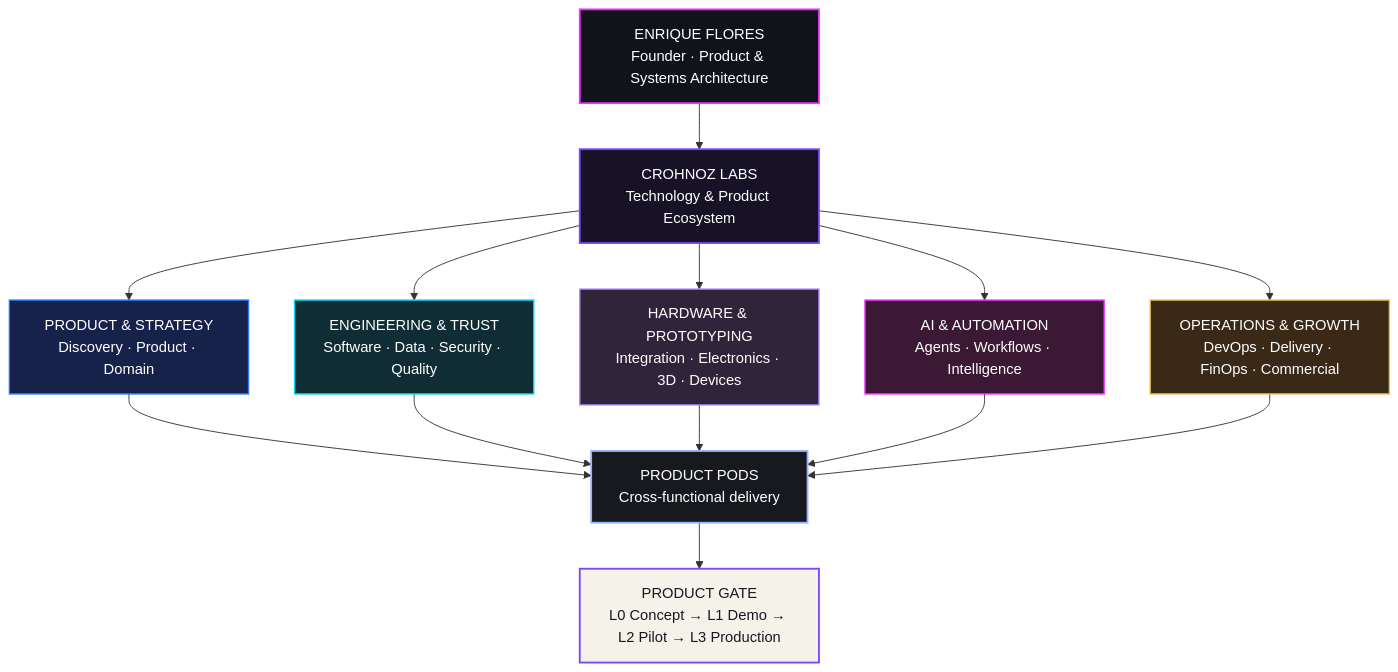
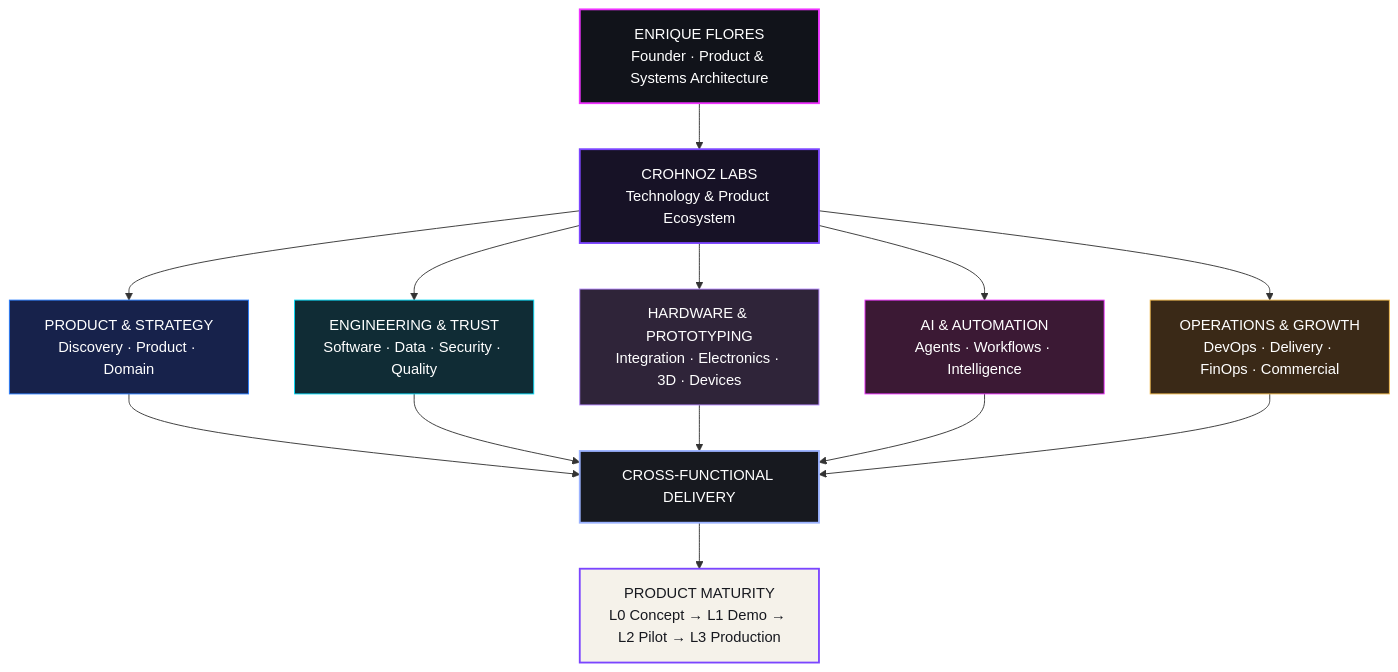
One commit to Crohnoz/Crohnoz changed the diagram in README.md. Above: the diagram before and after it, drawn with Mermaid. The commit also changed other lines of this file, not shown here.

````diff
--- a/README.md
+++ b/README.md
@@ -27,41 +25,41 @@
 ```mermaid
 flowchart TB
     F["ENRIQUE FLORES<br/>Founder · Product & Systems Architecture"]
-    LAB["CROHNOZ LABS<br/>Technology & Product Ecosystem"]
+    L["CROHNOZ LABS<br/>Technology & Product Ecosystem"]
 
-    F --> LAB
+    F --> L
 
-    LAB --> P["PRODUCT & STRATEGY<br/>Discovery · Product · Domain"]
-    LAB --> E["ENGINEERING & TRUST<br/>Software · Data · Security · Quality"]
-    LAB --> H["HARDWARE & PROTOTYPING<br/>Integration · Electronics · 3D · Devices"]
-    LAB --> A["AI & AUTOMATION<br/>Agents · Workflows · Intelligence"]
-    LAB --> O["OPERATIONS & GROWTH<br/>DevOps · Delivery · FinOps · Commercial"]
+    L --> P["PRODUCT & STRATEGY<br/>Discovery · Product · Domain"]
+    L --> E["ENGINEERING & TRUST<br/>Software · Data · Security · Quality"]
+    L --> H["HARDWARE & PROTOTYPING<br/>Integration · Electronics · 3D · Devices"]
+    L --> A["AI & AUTOMATION<br/>Agents · Workflows · Intelligence"]
+    L --> O["OPERATIONS & GROWTH<br/>DevOps · Delivery · FinOps · Commercial"]
 
-    P --> POD["PRODUCT PODS<br/>Cross-functional delivery"]
-    E --> POD
-    H --> POD
-    A --> POD
-    O --> POD
+    P --> D["CROSS-FUNCTIONAL DELIVERY"]
+    E --> D
+    H --> D
+    A --> D
+    O --> D
 
-    POD --> G["PRODUCT GATE<br/>L0 Concept → L1 Demo → L2 Pilot → L3 Production"]
+    D --> G["PRODUCT MATURITY<br/>L0 Concept → L1 Demo → L2 Pilot → L3 Production"]
 
     classDef founder fill:#11131a,stroke:#EF32FF,color:#fff,stroke-width:2px;
     classDef lab fill:#171226,stroke:#7B45FF,color:#fff,stroke-width:2px;
-    classDef product fill:#17224b,stroke:#287DFF,color:#fff,stroke-width:1.5px;
-    classDef engineering fill:#102c35,stroke:#00D9F5,color:#fff,stroke-width:1.5px;
-    classDef hardware fill:#2f2439,stroke:#b687ff,color:#fff,stroke-width:1.5px;
-    classDef ai fill:#3b1934,stroke:#EF32FF,color:#fff,stroke-width:1.5px;
-    classDef ops fill:#3a2917,stroke:#f0b94b,color:#fff,stroke-width:1.5px;
-    classDef pod fill:#17191f,stroke:#9bb2ff,color:#fff,stroke-width:2px;
+    classDef product fill:#17224b,stroke:#287DFF,color:#fff;
+    classDef engineering fill:#102c35,stroke:#00D9F5,color:#fff;
+    classDef hardware fill:#2f2439,stroke:#b687ff,color:#fff;
+    classDef ai fill:#3b1934,stroke:#EF32FF,color:#fff;
+    classDef ops fill:#3a2917,stroke:#f0b94b,color:#fff;
+    classDef delivery fill:#17191f,stroke:#9bb2ff,color:#fff,stroke-width:2px;
     classDef gate fill:#f5f2ea,stroke:#7B45FF,color:#17191f,stroke-width:2px;
 
     class F founder;
-    class LAB lab;
+    class L lab;
     class P product;
     class E engineering;
     class H hardware;
     class A ai;
     class O ops;
-    class POD pod;
+    class D delivery;
     class G gate;
 ```
````
